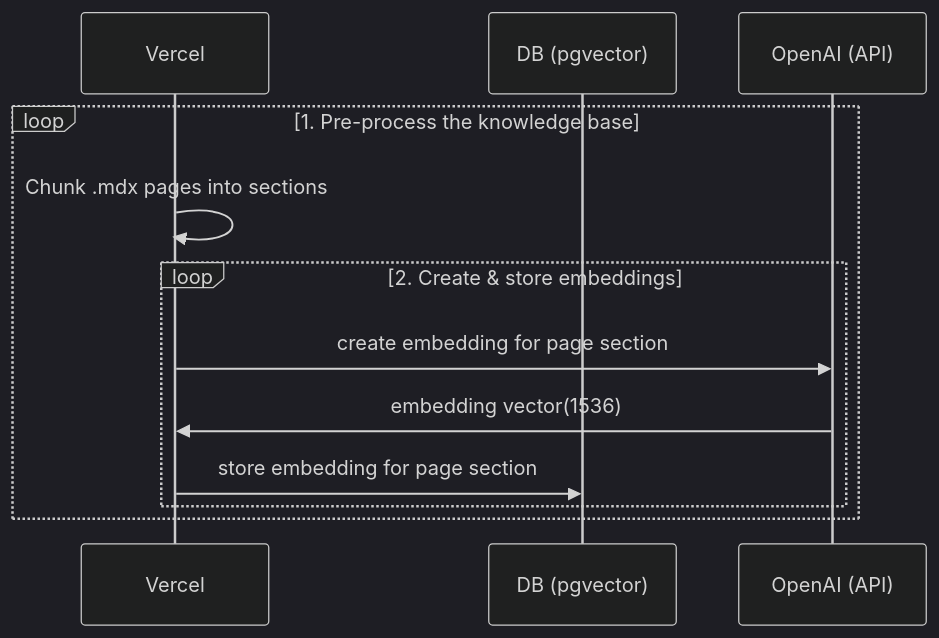
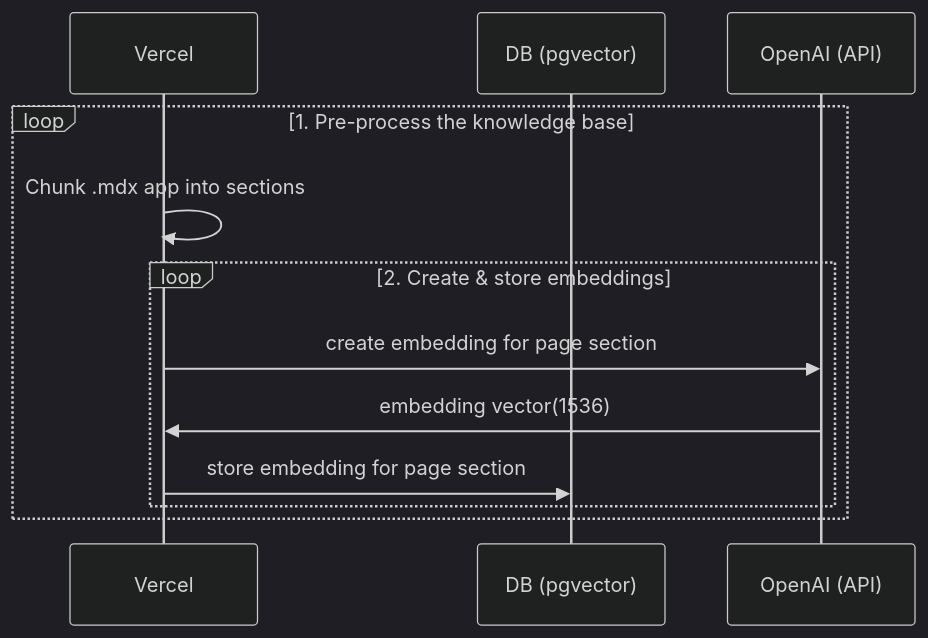
The first of 2 diagrams in README.md (rising-dragon401/oasis-water-web), drawn with Mermaid (dark theme) before and after one commit. The commit also changed other lines of this file and 33 other files, not shown here.

````diff
--- a/README.md
+++ b/README.md
@@ -24,14 +24,14 @@
 ```mermaid
 sequenceDiagram
     participant Vercel
     participant DB (pgvector)
     participant OpenAI (API)
     loop 1. Pre-process the knowledge base
-        Vercel->>Vercel: Chunk .mdx pages into sections
+        Vercel->>Vercel: Chunk .mdx app into sections
         loop 2. Create & store embeddings
             Vercel->>OpenAI (API): create embedding for page section
             OpenAI (API)->>Vercel: embedding vector(1536)
             Vercel->>DB (pgvector): store embedding for page section
         end
     end
 ```
````
